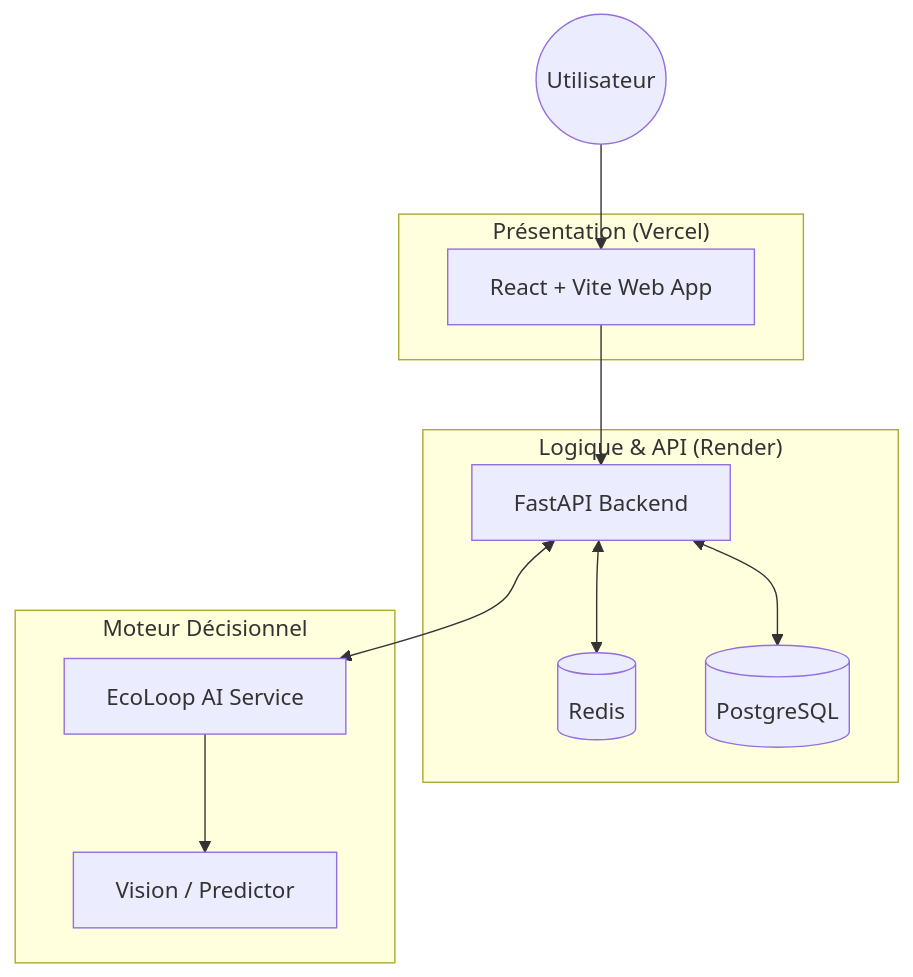
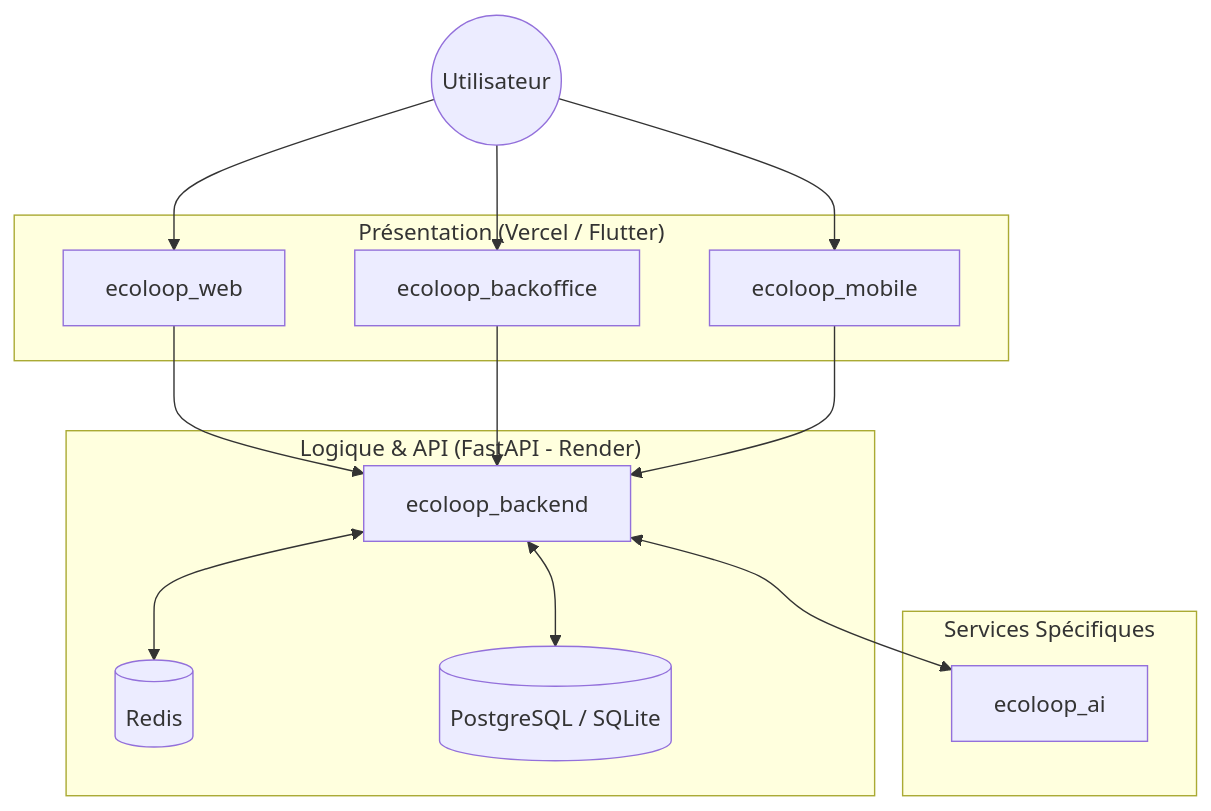
Before and after one commit to EPDU35/Ecoloop: the diagram in README.md, drawn with Mermaid. The commit also changed other lines of this file and 49 other files, not shown here.

Commit message:
release: EcoLoop V4 and backend sprint changes

````diff
--- a/README.md
+++ b/README.md
@@ -40,19 +22,22 @@
 ```mermaid
 graph TD
-    User((Utilisateur)) --> Frontend
+    User((Utilisateur)) --> Web[ecoloop_web]
+    User --> Backoffice[ecoloop_backoffice]
+    User --> Mobile[ecoloop_mobile]
     
-    subgraph "Présentation (Vercel)"
-    Frontend[React + Vite Web App]
+    subgraph "Présentation (Vercel / Flutter)"
+        Web
+        Backoffice
+        Mobile
     end
     
-    subgraph "Logique & API (Render)"
-    Frontend --> API[FastAPI Backend]
-    API <--> Cache[(Redis)]
-    API <--> DB[(PostgreSQL)]
+    subgraph "Logique & API (FastAPI - Render)"
+        Web & Backoffice & Mobile --> API[ecoloop_backend]
+        API <--> Cache[(Redis)]
+        API <--> DB[(PostgreSQL / SQLite)]
     end
     
-    subgraph "Moteur Décisionnel"
-    API <--> AI[EcoLoop AI Service]
-    AI --> Models[Vision / Predictor]
+    subgraph "Services Spécifiques"
+        API <--> AI[ecoloop_ai]
     end
 ```
````
